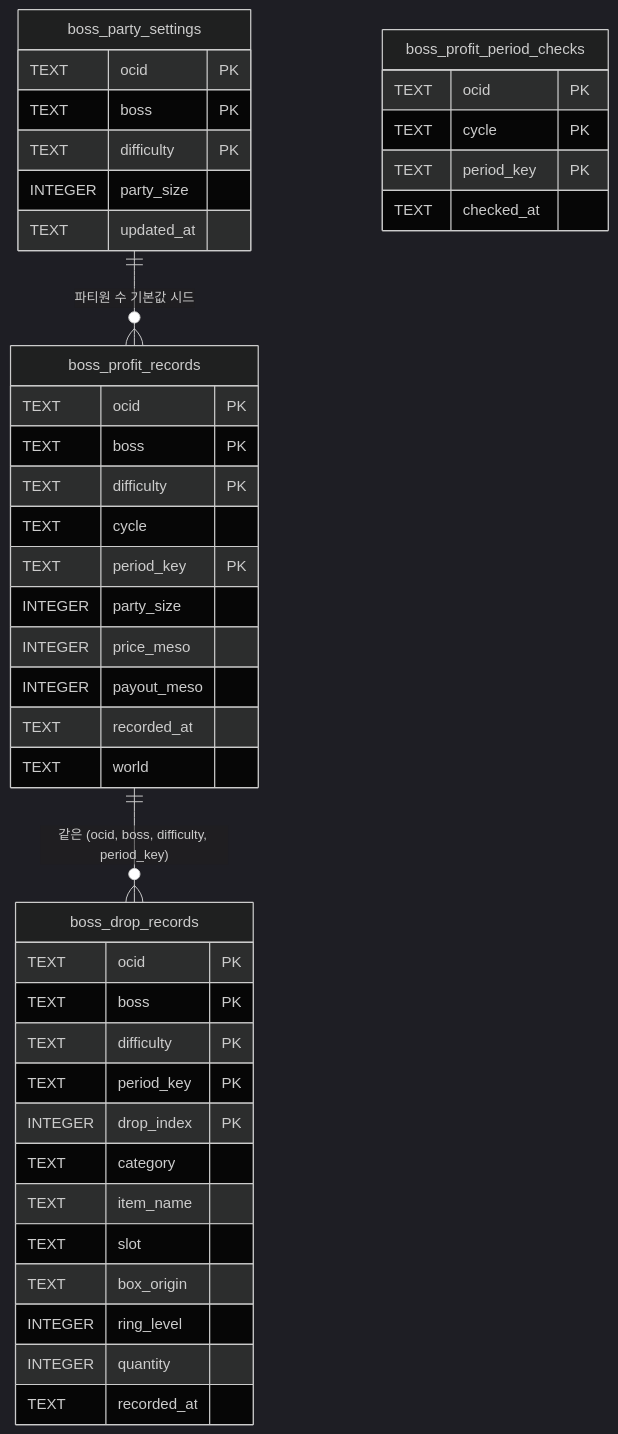
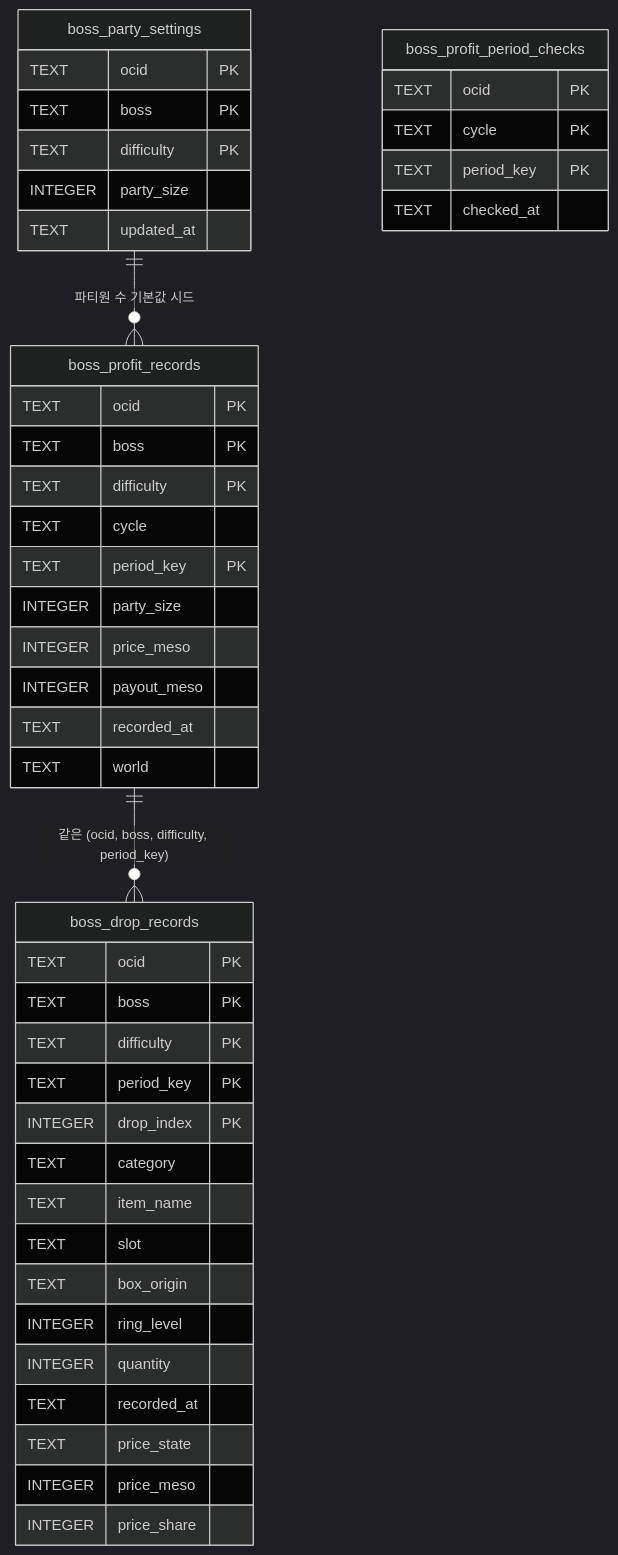
The first of 2 diagrams in docs/persistence/sqlite.md (jini520/maple-routine), drawn with Mermaid (dark theme) before and after one commit. The commit also changed other lines of this file and 40 other files, not shown here.

````diff
--- a/docs/persistence/sqlite.md
+++ b/docs/persistence/sqlite.md
@@ -7,44 +7,47 @@
 ```mermaid
 erDiagram
     boss_profit_records {
         TEXT ocid PK
         TEXT boss PK
         TEXT difficulty PK
         TEXT cycle
         TEXT period_key PK
         INTEGER party_size
         INTEGER price_meso
         INTEGER payout_meso
         TEXT recorded_at
         TEXT world
     }
     boss_party_settings {
         TEXT ocid PK
         TEXT boss PK
         TEXT difficulty PK
         INTEGER party_size
         TEXT updated_at
     }
     boss_profit_period_checks {
         TEXT ocid PK
         TEXT cycle PK
         TEXT period_key PK
         TEXT checked_at
     }
     boss_drop_records {
         TEXT ocid PK
         TEXT boss PK
         TEXT difficulty PK
         TEXT period_key PK
         INTEGER drop_index PK
         TEXT category
         TEXT item_name
         TEXT slot
         TEXT box_origin
         INTEGER ring_level
         INTEGER quantity
         TEXT recorded_at
+        TEXT price_state
+        INTEGER price_meso
+        INTEGER price_share
     }
     boss_party_settings ||--o{ boss_profit_records : "파티원 수 기본값 시드"
     boss_profit_records ||--o{ boss_drop_records : "같은 (ocid, boss, difficulty, period_key)"
 ```
````
